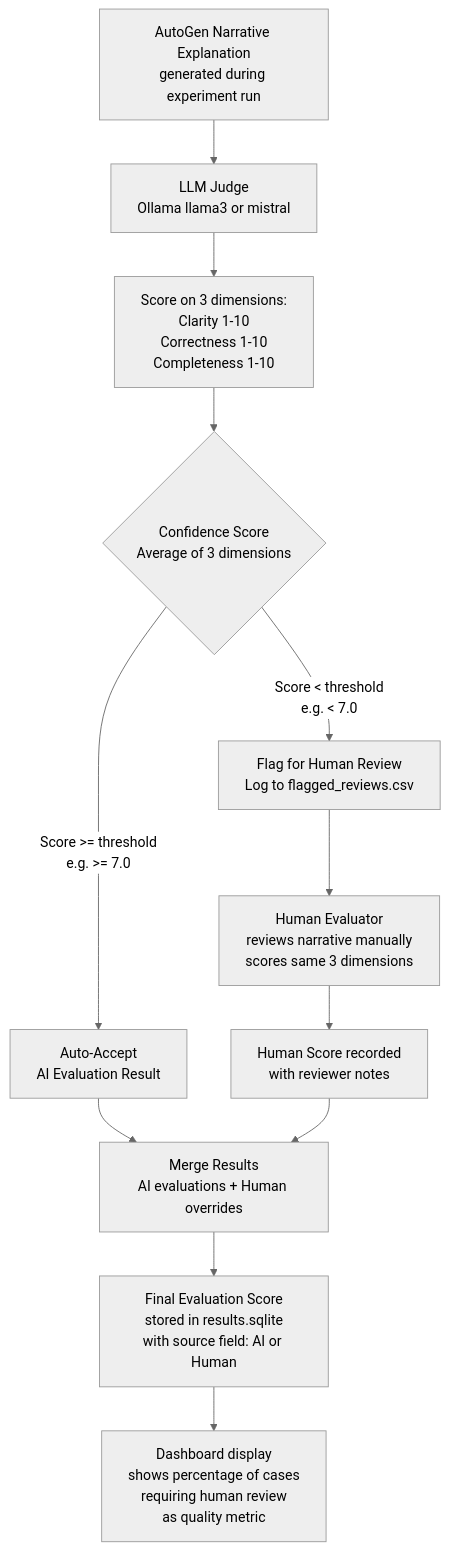
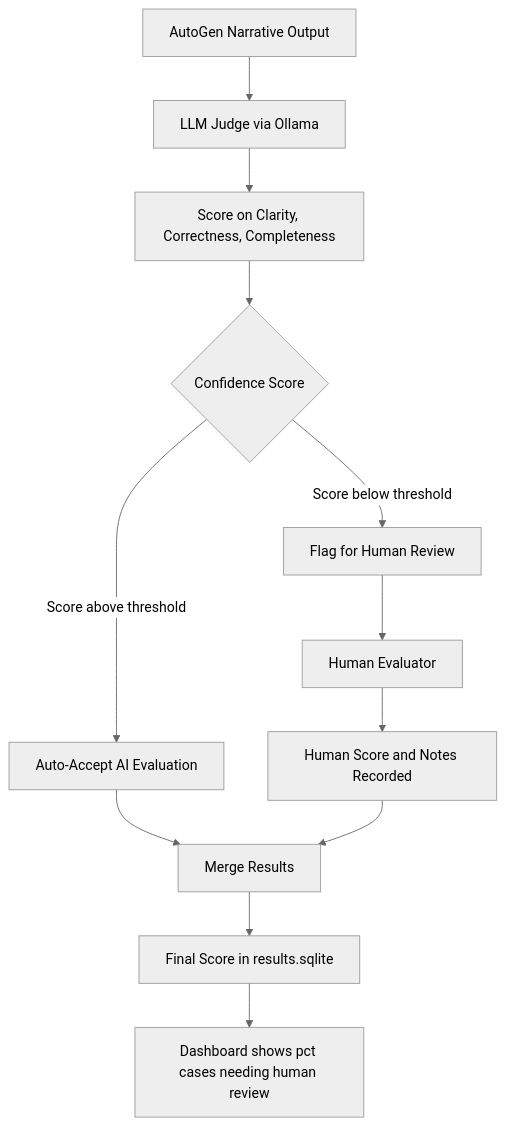
One commit to Akhil-Kambhatla/comparison-of-DS-Agents changed the fourth of 7 diagrams in README.md. Above: the diagram before and after it, drawn with Mermaid (neutral theme). The commit also changed other lines of this file, not shown here.

````diff
--- a/README.md
+++ b/README.md
@@ -519,14 +609,14 @@
 ```mermaid
 flowchart TD
-    A[AutoGen Narrative Explanation\ngenerated during experiment run] --> B[LLM Judge\nOllama llama3 or mistral]
-    B --> C[Score on 3 dimensions:\nClarity 1-10\nCorrectness 1-10\nCompleteness 1-10]
-    C --> D{Confidence Score\nAverage of 3 dimensions}
-    D --> |Score >= threshold\ne.g. >= 7.0| E[Auto-Accept\nAI Evaluation Result]
-    D --> |Score < threshold\ne.g. < 7.0| F[Flag for Human Review\nLog to flagged_reviews.csv]
-    F --> G[Human Evaluator\nreviews narrative manually\nscores same 3 dimensions]
-    G --> H[Human Score recorded\nwith reviewer notes]
-    E --> I[Merge Results\nAI evaluations + Human overrides]
+    A[AutoGen Narrative Output] --> B[LLM Judge via Ollama]
+    B --> C[Score on Clarity, Correctness, Completeness]
+    C --> D{Confidence Score}
+    D --> |Score above threshold| E[Auto-Accept AI Evaluation]
+    D --> |Score below threshold| F[Flag for Human Review]
+    F --> G[Human Evaluator]
+    G --> H[Human Score and Notes Recorded]
+    E --> I[Merge Results]
     H --> I
-    I --> J[Final Evaluation Score\nstored in results.sqlite\nwith source field: AI or Human]
-    J --> K[Dashboard display\nshows percentage of cases\nrequiring human review\nas quality metric]
+    I --> J[Final Score in results.sqlite]
+    J --> K[Dashboard shows pct cases needing human review]
 ```
````
